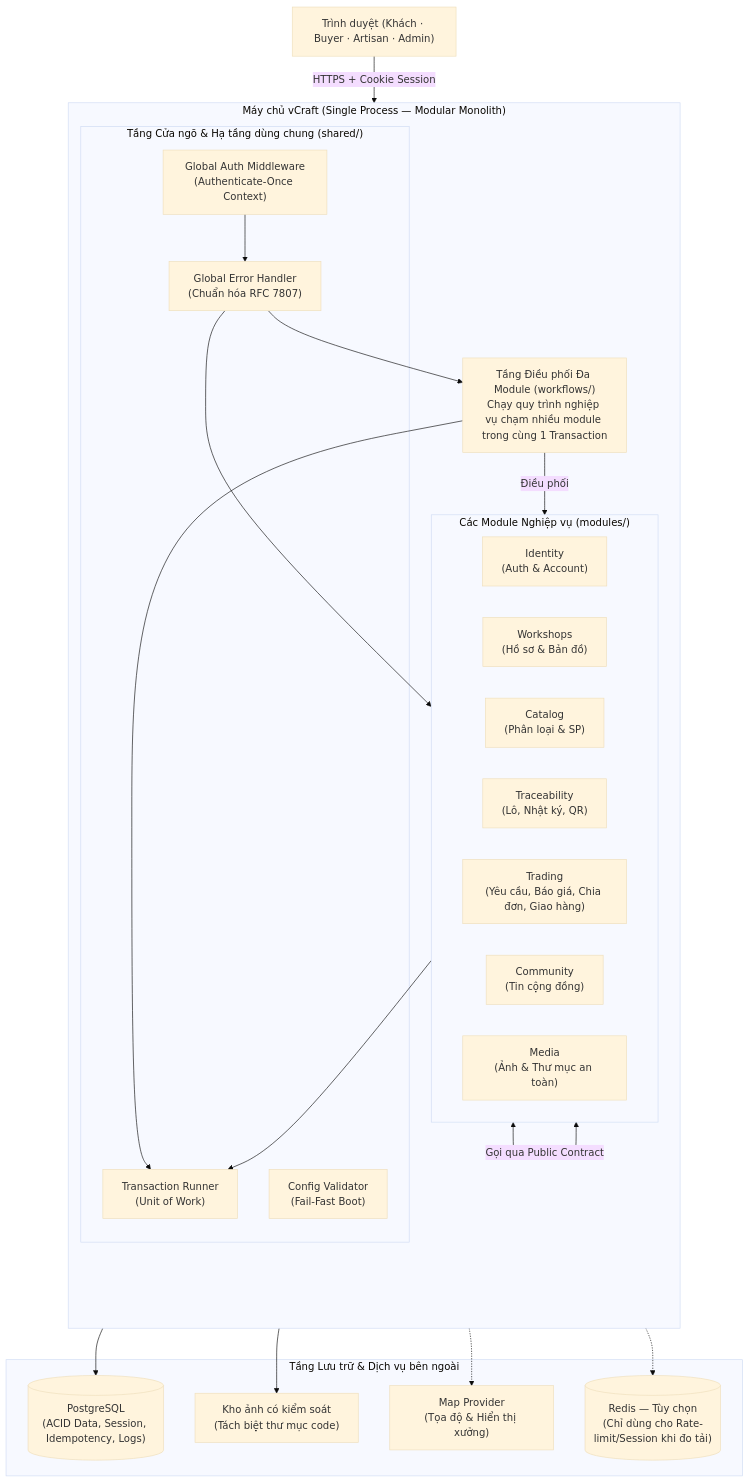
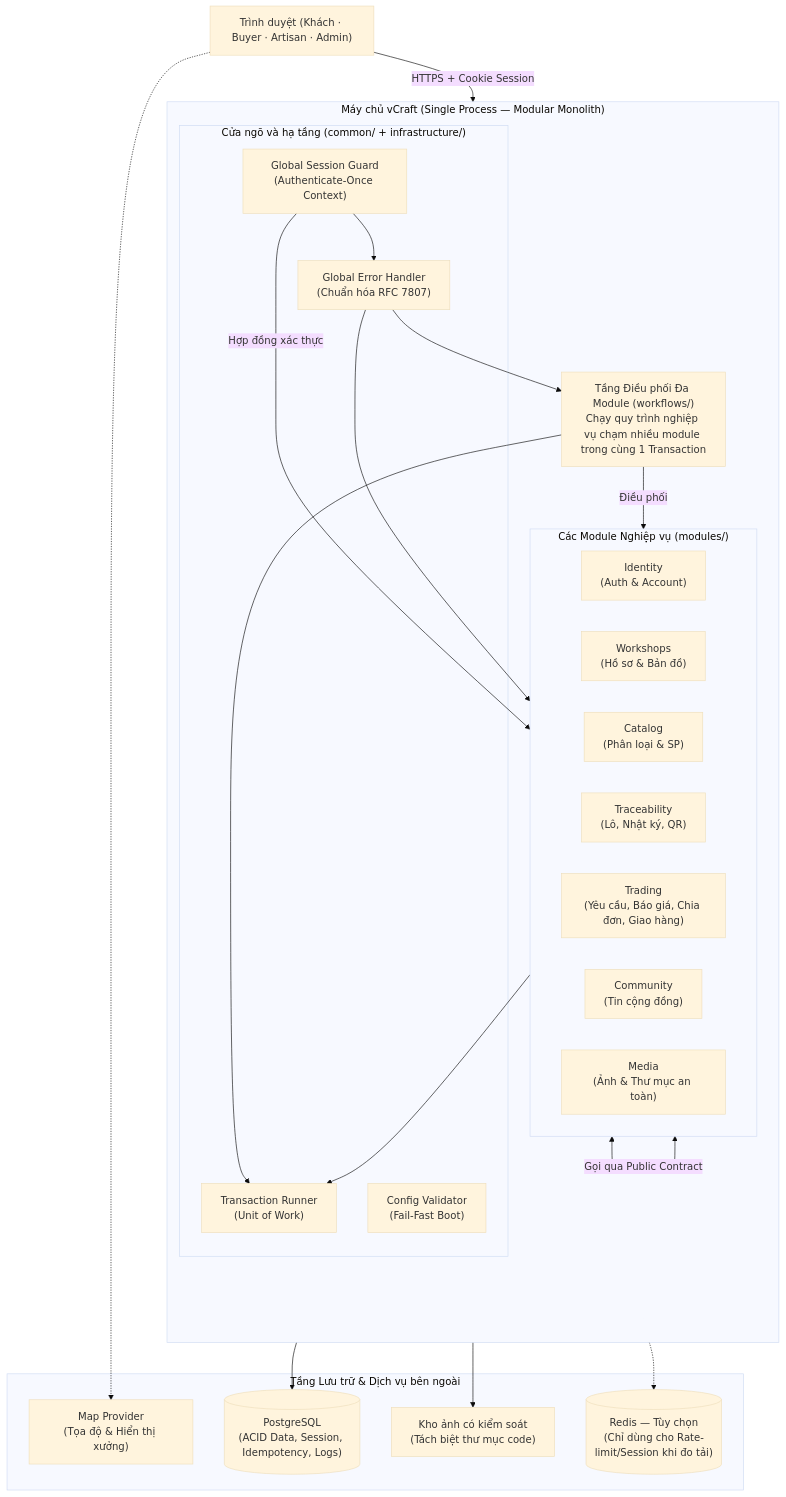
The first of 5 diagrams in docs/04-architecture/architecture-overview.md (HUY-TD16/vCraft), drawn with Mermaid (base theme) before and after one commit. The commit also changed other lines of this file and 2 other files, not shown here.

Commit message:
update security and architecture docs

````diff
--- a/docs/04-architecture/architecture-overview.md
+++ b/docs/04-architecture/architecture-overview.md
@@ -34,51 +34,52 @@
 ```mermaid
 flowchart TB
     Client["Trình duyệt (Khách · Buyer · Artisan · Admin)"]
 
     subgraph Server["Máy chủ vCraft (Single Process — Modular Monolith)"]
         direction TB
 
-        subgraph Gateway["Tầng Cửa ngõ & Hạ tầng dùng chung (shared/)"]
+        subgraph Gateway["Cửa ngõ và hạ tầng (common/ + infrastructure/)"]
             Config["Config Validator\n(Fail-Fast Boot)"]
-            AuthMid["Global Auth Middleware\n(Authenticate-Once Context)"]
+            AuthMid["Global Session Guard\n(Authenticate-Once Context)"]
             ErrHandler["Global Error Handler\n(Chuẩn hóa RFC 7807)"]
             TxRunner["Transaction Runner\n(Unit of Work)"]
         end
 
         subgraph Modules["Các Module Nghiệp vụ (modules/)"]
             direction LR
             Identity["Identity\n(Auth & Account)"]
             Workshops["Workshops\n(Hồ sơ & Bản đồ)"]
             Catalog["Catalog\n(Phân loại & SP)"]
             Traceability["Traceability\n(Lô, Nhật ký, QR)"]
             Trading["Trading\n(Yêu cầu, Báo giá, Chia đơn, Giao hàng)"]
             Community["Community\n(Tin cộng đồng)"]
             Media["Media\n(Ảnh & Thư mục an toàn)"]
         end
 
         Workflows["Tầng Điều phối Đa Module (workflows/)\nChạy quy trình nghiệp vụ chạm nhiều module trong cùng 1 Transaction"]
     end
 
     subgraph Storage["Tầng Lưu trữ & Dịch vụ bên ngoài"]
         Postgres[("PostgreSQL\n(ACID Data, Session, Idempotency, Logs)")]
         DiskFiles["Kho ảnh có kiểm soát\n(Tách biệt thư mục code)"]
         MapAPI["Map Provider\n(Tọa độ & Hiển thị xưởng)"]
         RedisOpt[("Redis — Tùy chọn\n(Chỉ dùng cho Rate-limit/Session khi đo tải)")]
     end
 
     Client -->|HTTPS + Cookie Session| AuthMid
     AuthMid --> ErrHandler
     ErrHandler --> Modules
     ErrHandler --> Workflows
 
     Modules <-->|Gọi qua Public Contract| Modules
     Workflows -->|Điều phối| Modules
 
     Modules --> TxRunner
     Workflows --> TxRunner
 
     TxRunner --> Postgres
     Media --> DiskFiles
-    Workshops -.-> MapAPI
-    AuthMid -.-> RedisOpt
+    Client -.-> MapAPI
+    AuthMid -->|Hợp đồng xác thực| Identity
+    Identity -.-> RedisOpt
 ```
````
